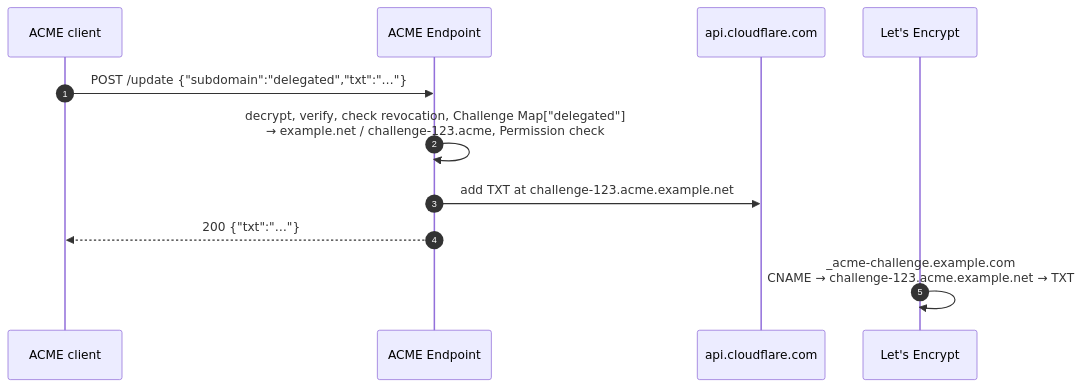
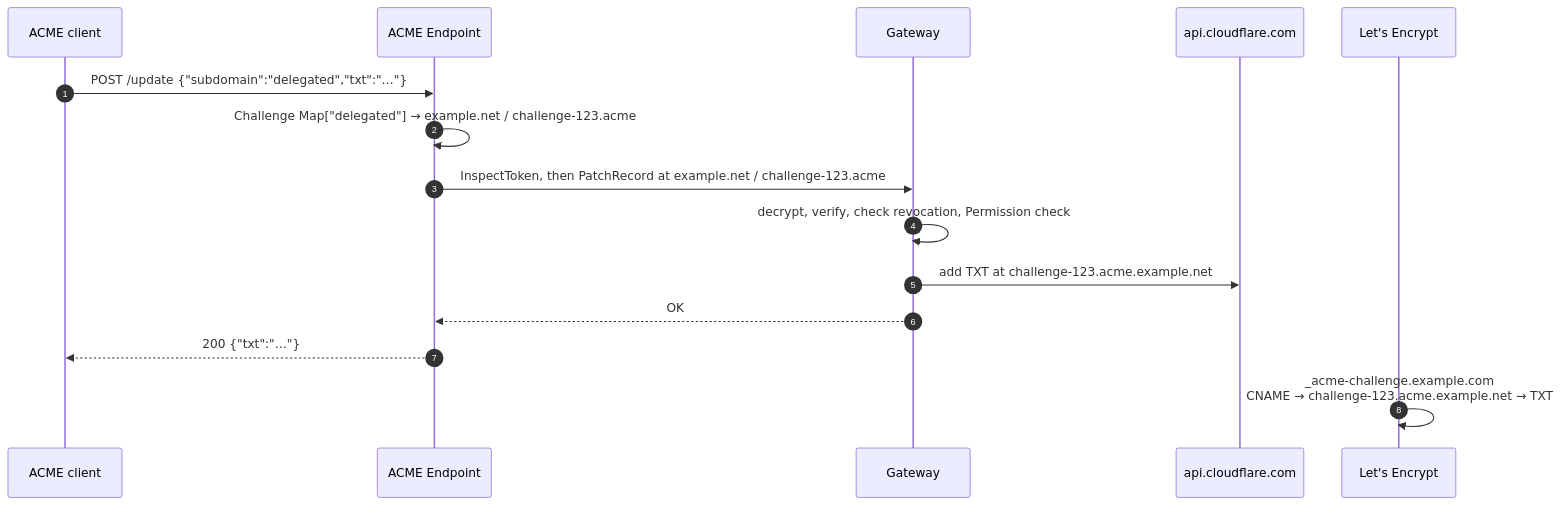
Before and after one commit to dnsgateway/dnsgate: the fourth of 4 diagrams in docs/acme-flows.md, drawn with Mermaid. The commit also changed other lines of this file and 28 other files, not shown here.

First line of the commit message:
feat: add dnsgate-acme, the acme endpoint as a gateway client

````diff
--- a/docs/acme-flows.md
+++ b/docs/acme-flows.md
@@ -196,14 +215,18 @@
 ```mermaid
 sequenceDiagram
     autonumber
     participant AC as ACME client
     participant AE as ACME Endpoint
+    participant GW as Gateway
     participant CF as api.cloudflare.com
     participant LE as Let's Encrypt
 
     AC->>AE: POST /update {"subdomain":"delegated","txt":"…"}
-    AE->>AE: decrypt, verify, check revocation, Challenge Map["delegated"]<br/>→ example.net / challenge-123.acme, Permission check
-    AE->>CF: add TXT at challenge-123.acme.example.net
+    AE->>AE: Challenge Map["delegated"] → example.net / challenge-123.acme
+    AE->>GW: InspectToken, then PatchRecord at example.net / challenge-123.acme
+    GW->>GW: decrypt, verify, check revocation, Permission check
+    GW->>CF: add TXT at challenge-123.acme.example.net
+    GW-->>AE: OK
     AE-->>AC: 200 {"txt":"…"}
     LE->>LE: _acme-challenge.example.com<br/>CNAME → challenge-123.acme.example.net → TXT
 ```
````
